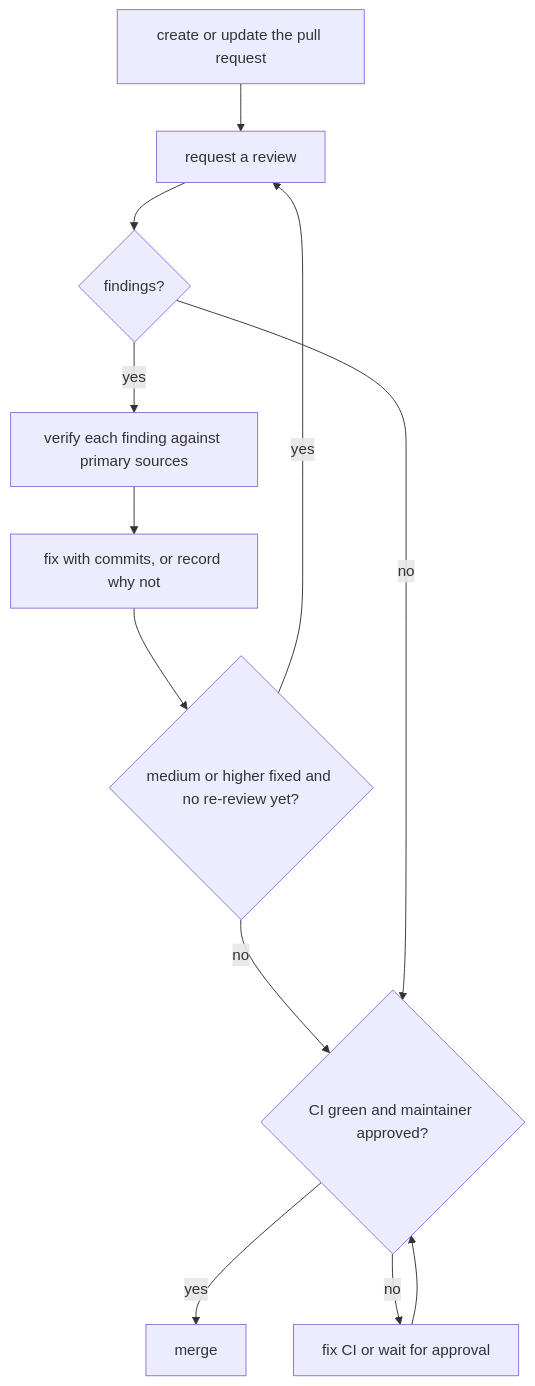
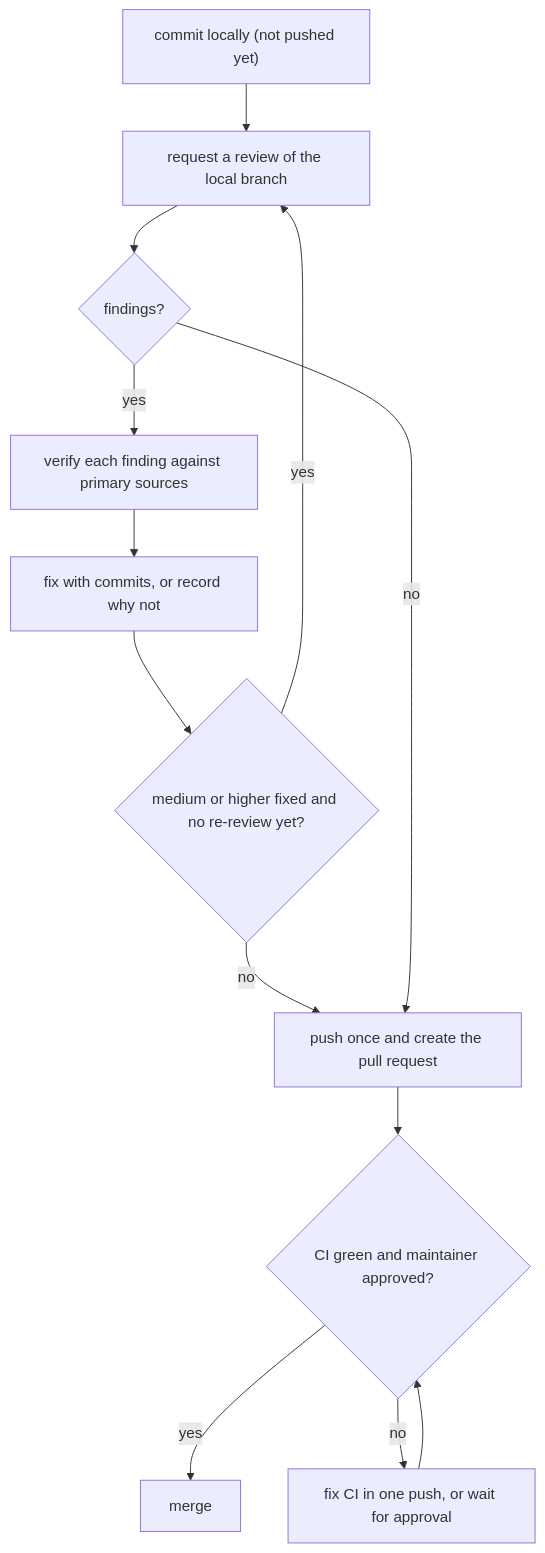
One commit to suchi/flying-microwave changed the diagram in docs/development/review-process.md. Above: the diagram before and after it, drawn with Mermaid. The commit also changed other lines of this file and 5 other files, not shown here.

First line of the commit message:
docs: review before the first push

````diff
--- a/docs/development/review-process.md
+++ b/docs/development/review-process.md
@@ -22,14 +22,15 @@
 ```mermaid
 flowchart TD
-    pr["create or update the pull request"] --> request["request a review"]
+    commit["commit locally (not pushed yet)"] --> request["request a review of the local branch"]
     request --> findings{"findings?"}
     findings -->|"yes"| verify["verify each finding against primary sources"]
     verify --> respond["fix with commits, or record why not"]
     respond --> again{"medium or higher fixed and no re-review yet?"}
     again -->|"yes"| request
-    again -->|"no"| gate{"CI green and maintainer approved?"}
-    findings -->|"no"| gate
+    again -->|"no"| push["push once and create the pull request"]
+    findings -->|"no"| push
+    push --> gate{"CI green and maintainer approved?"}
     gate -->|"yes"| merge["merge"]
-    gate -->|"no"| wait["fix CI or wait for approval"]
+    gate -->|"no"| wait["fix CI in one push, or wait for approval"]
     wait --> gate
 ```
````
